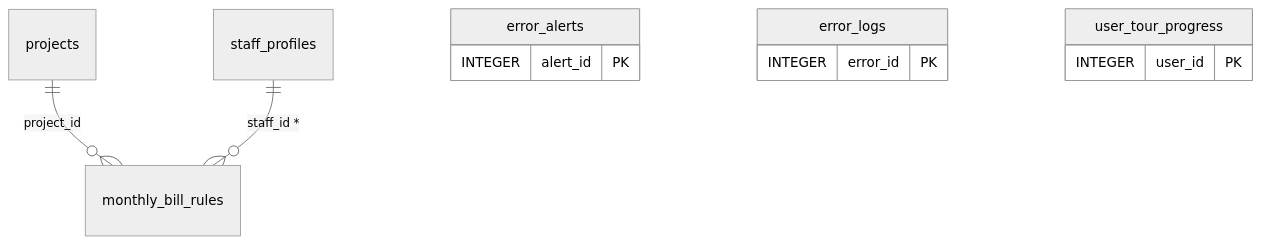
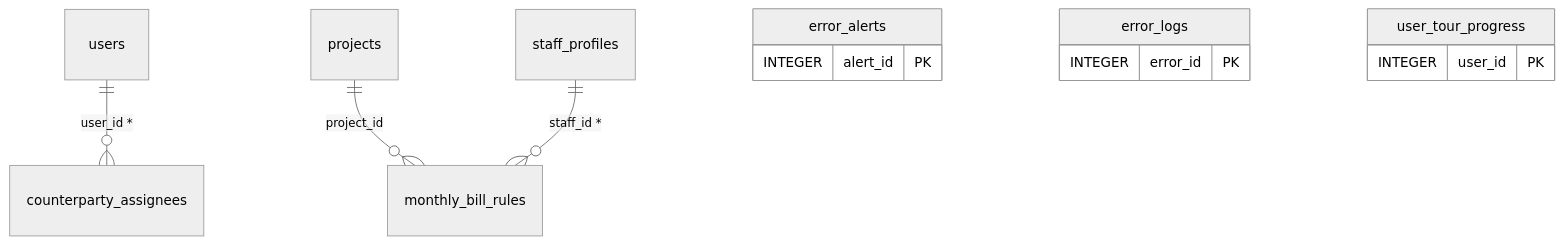
Diagram 11 of 11 in docs/db.md (daichi763/MBsaas), drawn with Mermaid (neutral theme) before and after one commit. The commit also changed other lines of this file and 6 other files, not shown here.

````diff
--- a/docs/db.md
+++ b/docs/db.md
@@ -453,14 +453,15 @@
 ```mermaid
 erDiagram
+  users ||--o{ counterparty_assignees : "user_id *"
   projects ||--o{ monthly_bill_rules : "project_id"
   staff_profiles ||--o{ monthly_bill_rules : "staff_id *"
   error_alerts {
     INTEGER alert_id PK
   }
   error_logs {
     INTEGER error_id PK
   }
   user_tour_progress {
     INTEGER user_id PK
   }
 ```
````
